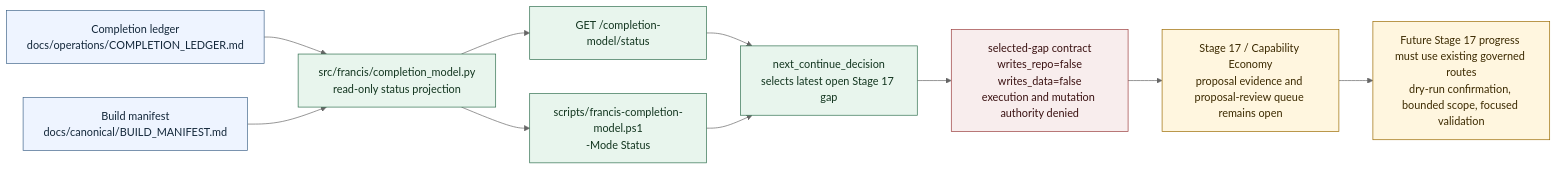
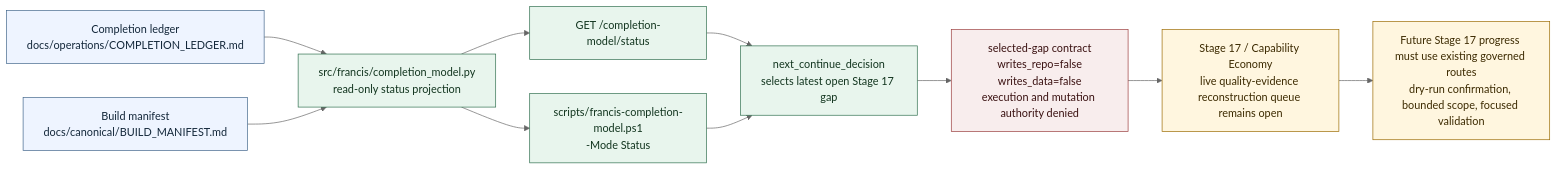
Before and after one commit to Ap3pp3rs94/Francis: the third of 4 diagrams in docs/operations/CURRENT_BUILD_WIRING_DIAGRAM.md, drawn with Mermaid (neutral theme). The commit also changed other lines of this file and 7 other files, not shown here.

Commit message:
fix(stage17): unblock live artifact reconstruction apply

````diff
--- a/docs/operations/CURRENT_BUILD_WIRING_DIAGRAM.md
+++ b/docs/operations/CURRENT_BUILD_WIRING_DIAGRAM.md
@@ -189,27 +238,27 @@
 ```mermaid
 flowchart LR
   classDef source fill:#eef4ff,stroke:#41658a,color:#13273a
   classDef readback fill:#e8f5ed,stroke:#2f6f4e,color:#12351f
   classDef denied fill:#f8eded,stroke:#9a3c3c,color:#3a1111
   classDef future fill:#fff6df,stroke:#9a6a00,color:#3c2a00
 
   Ledger["Completion ledger<br/>docs/operations/COMPLETION_LEDGER.md"]:::source
   Manifest["Build manifest<br/>docs/canonical/BUILD_MANIFEST.md"]:::source
   Model["src/francis/completion_model.py<br/>read-only status projection"]:::readback
   Script["scripts/francis-completion-model.ps1<br/>-Mode Status"]:::readback
   Route["GET /completion-model/status"]:::readback
   Decision["next_continue_decision<br/>selects latest open Stage 17 gap"]:::readback
   Denial["selected-gap contract<br/>writes_repo=false<br/>writes_data=false<br/>execution and mutation authority denied"]:::denied
-  Stage17["Stage 17 / Capability Economy<br/>proposal evidence and proposal-review queue remains open"]:::future
+  Stage17["Stage 17 / Capability Economy<br/>live quality-evidence reconstruction queue remains open"]:::future
   GovernedApply["Future Stage 17 progress must use existing governed routes<br/>dry-run confirmation, bounded scope, focused validation"]:::future
 
   Ledger --> Model
   Manifest --> Model
   Model --> Script
   Model --> Route
   Route --> Decision
   Script --> Decision
   Decision --> Denial
   Denial --> Stage17
   Stage17 --> GovernedApply
 ```
````
